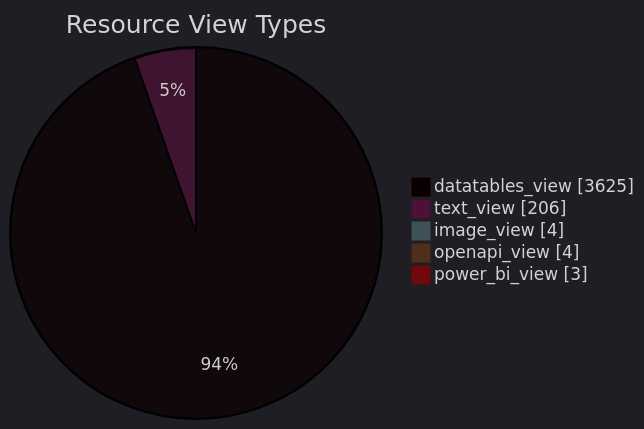
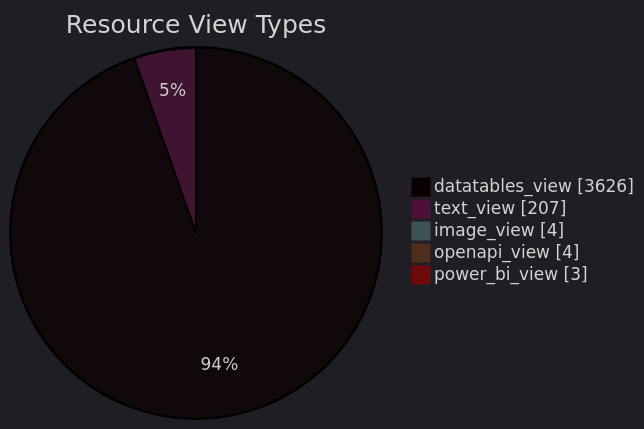
Before and after one commit to open-data/analytics-corporate-reporting: the diagram in datastore_tracker/resource_view_types_pie_chart.md, drawn with Mermaid. The commit also changed 8 other files, not shown here.

````diff
--- a/datastore_tracker/resource_view_types_pie_chart.md
+++ b/datastore_tracker/resource_view_types_pie_chart.md
@@ -2,12 +2,12 @@
 ```mermaid
 ---
 config:
   theme: dark
 ---
 pie showData title Resource View Types
-    "datatables_view": 3625
-    "text_view": 206
+    "datatables_view": 3626
+    "text_view": 207
     "image_view": 4
     "openapi_view": 4
     "power_bi_view": 3
 ```
````
